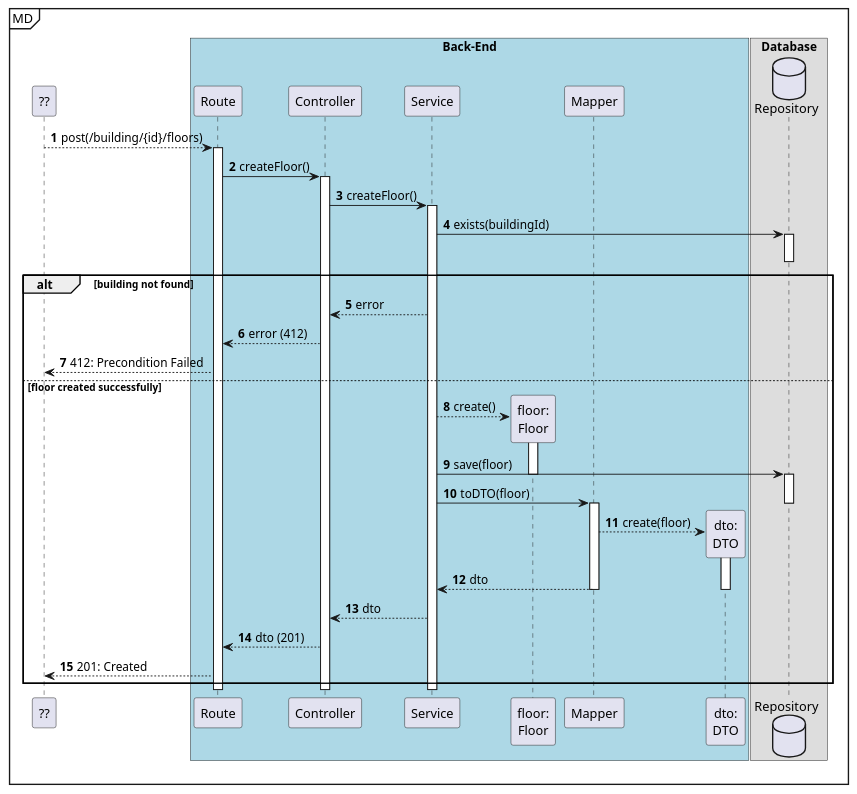
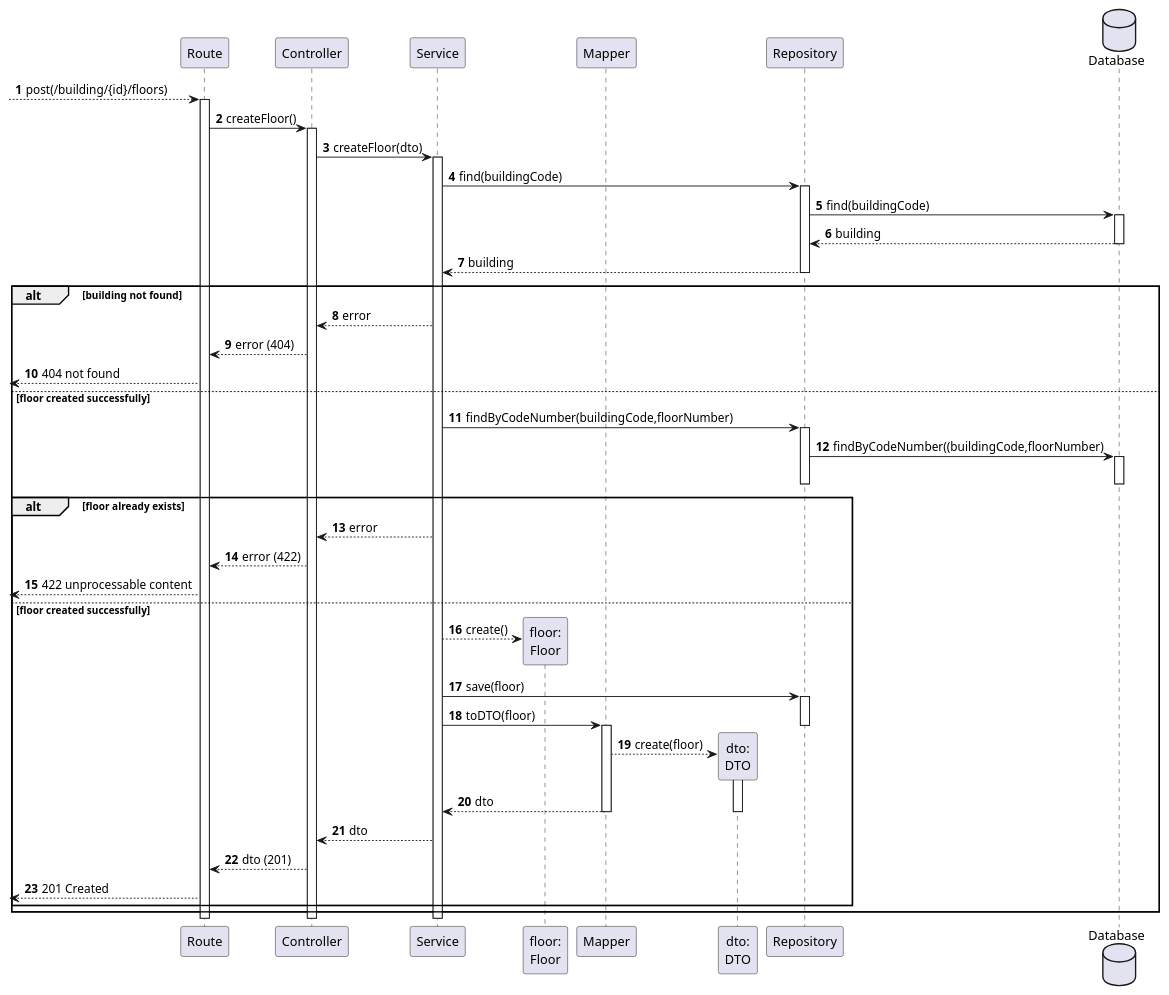
Before and after one commit to Departamento-de-Engenharia-Informatica/lapr5-23-24-g19: the diagram in docs/us190/level3/process-view.puml, drawn with PlantUML. The commit also changed 8 other files, not shown here.

```diff
--- a/docs/us190/level3/process-view.puml
+++ b/docs/us190/level3/process-view.puml
@@ -1,63 +1,70 @@
 @startuml
 autonumber
 
-participant "??" as ui
-
-mainframe MD
-box "Back-End" #LightBlue
 participant "Route" as r
 participant "Controller" as ctrl
 participant "Service" as svc
 
 participant "floor:\nFloor" as floor
 participant "Mapper" as map
 participant "dto:\nDTO" as dto
-end box
 
-box "Database"
-database "Repository" as repo
-end box
+participant "Repository" as repo
+database "Database" as db
 
-'activate ui
-ui --> r: post(/building/{id}/floors)
+[--> r: post(/building/{id}/floors)
     activate r
         r -> ctrl : createFloor()
         activate ctrl
-            ctrl -> svc : createFloor()
+            ctrl -> svc : createFloor(dto)
             activate svc
-                svc -> repo : exists(buildingId)
+                svc -> repo : find(buildingCode)
                 activate repo
+                    repo -> db: find(buildingCode)
+                    activate db
+                    db --> repo: building
+                    deactivate db
+                    repo --> svc: building
                 deactivate repo
 
                 alt building not found
                     svc --> ctrl : error
-                    ctrl --> r : error (412)
-                    r --> ui : 412: Precondition Failed
+                    ctrl --> r : error (404)
+                    [<--r : 404 not found
+                else floor created successfully
+                    svc ->repo: findByCodeNumber(buildingCode,floorNumber)
+                    activate repo
+                        repo -> db :findByCodeNumber((buildingCode,floorNumber)
+                        activate db
+                        deactivate db
+                    deactivate repo
+                alt floor already exists
+                    svc --> ctrl : error
+                    ctrl --> r : error (422)
+                    [<--r : 422 unprocessable content
                 else floor created successfully
                     svc --> floor** : create()
-                    activate floor
-                        svc -> repo : save(floor)
-                    deactivate floor
-
+                    svc -> repo : save(floor)
                     activate repo
                         svc -> map : toDTO(floor)
                     deactivate repo
 
                     activate map
                         map --> dto** : create(floor)
                         activate dto
                             map --> svc : dto
                         deactivate dto
                     deactivate map
 
                     svc --> ctrl : dto
                     ctrl --> r : dto (201)
-                    r --> ui : 201: Created
+                    [<--r : 201 Created
+                end
                 end
             deactivate svc
         deactivate ctrl
     deactivate r
 
 'deactivate ui
 
 @enduml
```
